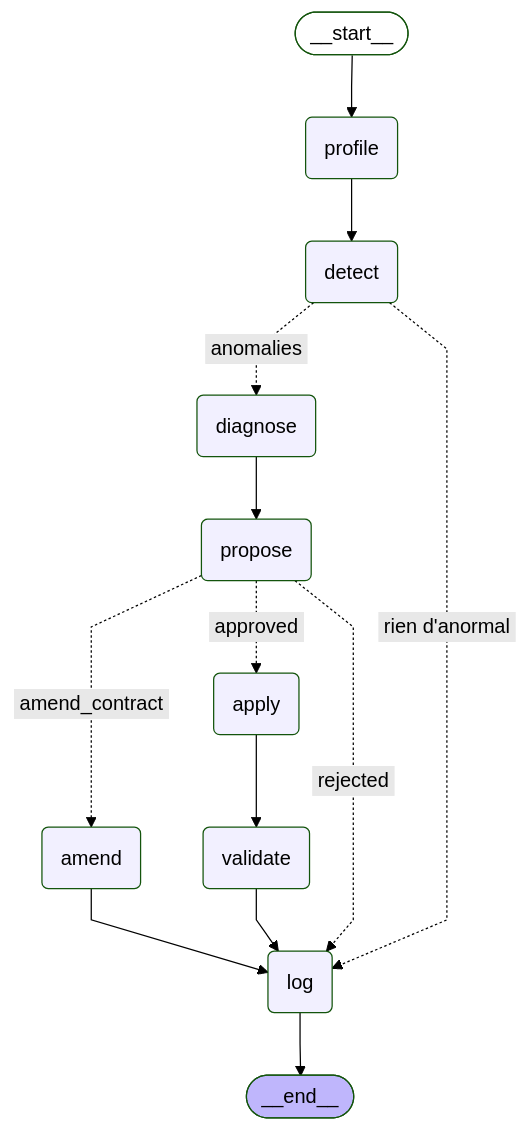
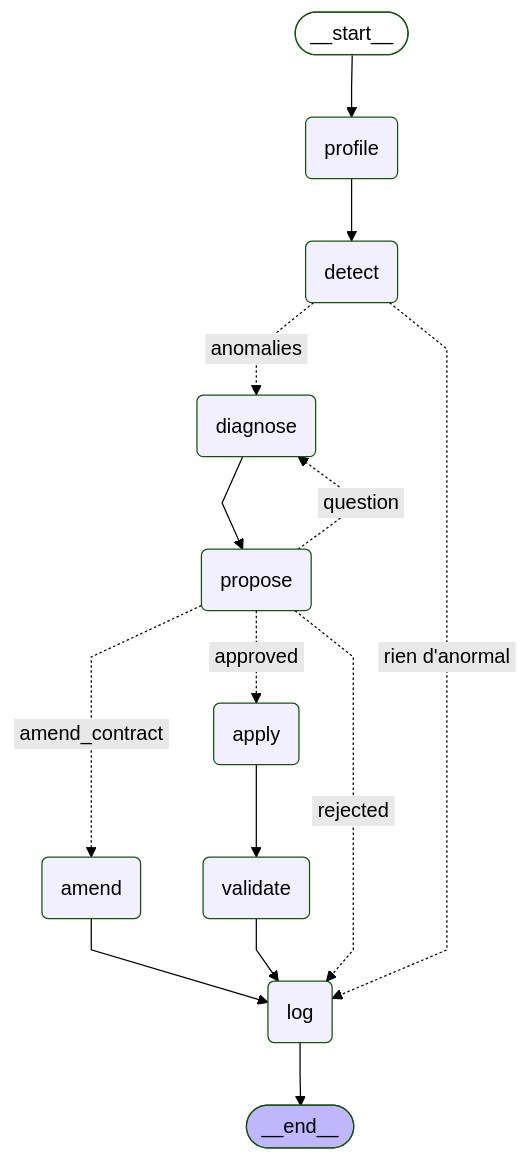
Before and after one commit to hodamounaouir/PFA: the diagram in docs/img/agent_graph.mmd, drawn with Mermaid (forest theme). The commit also changed 16 other files, not shown here.

```diff
--- a/docs/img/agent_graph.mmd
+++ b/docs/img/agent_graph.mmd
@@ -1,31 +1,32 @@
 ---
 config:
   flowchart:
     curve: linear
 ---
 graph TD;
 	__start__([<p>__start__</p>]):::first
 	profile(profile)
 	detect(detect)
 	diagnose(diagnose)
 	propose(propose)
 	apply(apply)
 	amend(amend)
 	validate(validate)
 	log(log)
 	__end__([<p>__end__</p>]):::last
 	__start__ --> profile;
 	amend --> log;
 	apply --> validate;
 	detect -. &nbsp;anomalies&nbsp; .-> diagnose;
 	detect -. &nbsp;rien d'anormal&nbsp; .-> log;
 	diagnose --> propose;
 	profile --> detect;
 	propose -. &nbsp;amend_contract&nbsp; .-> amend;
 	propose -. &nbsp;approved&nbsp; .-> apply;
+	propose -. &nbsp;question&nbsp; .-> diagnose;
 	propose -. &nbsp;rejected&nbsp; .-> log;
 	validate --> log;
 	log --> __end__;
 	classDef default fill:#f2f0ff,line-height:1.2
 	classDef first fill-opacity:0
 	classDef last fill:#bfb6fc
```
